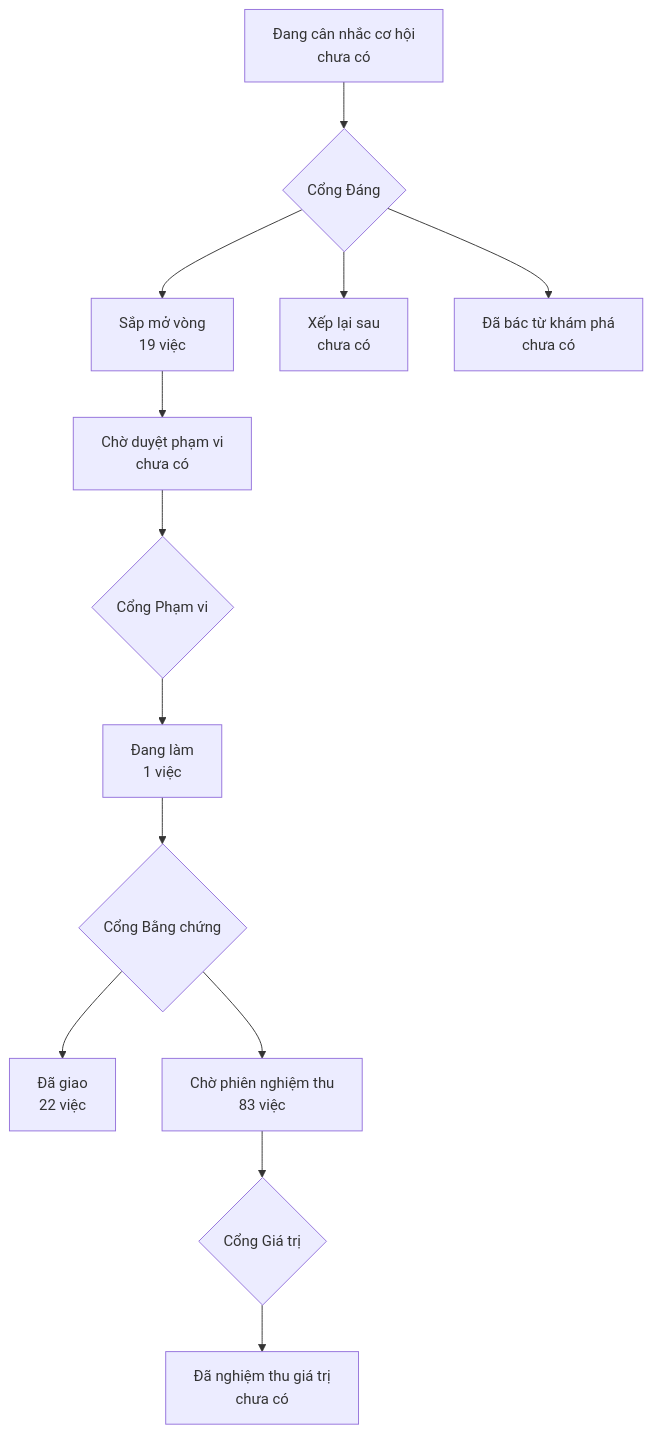
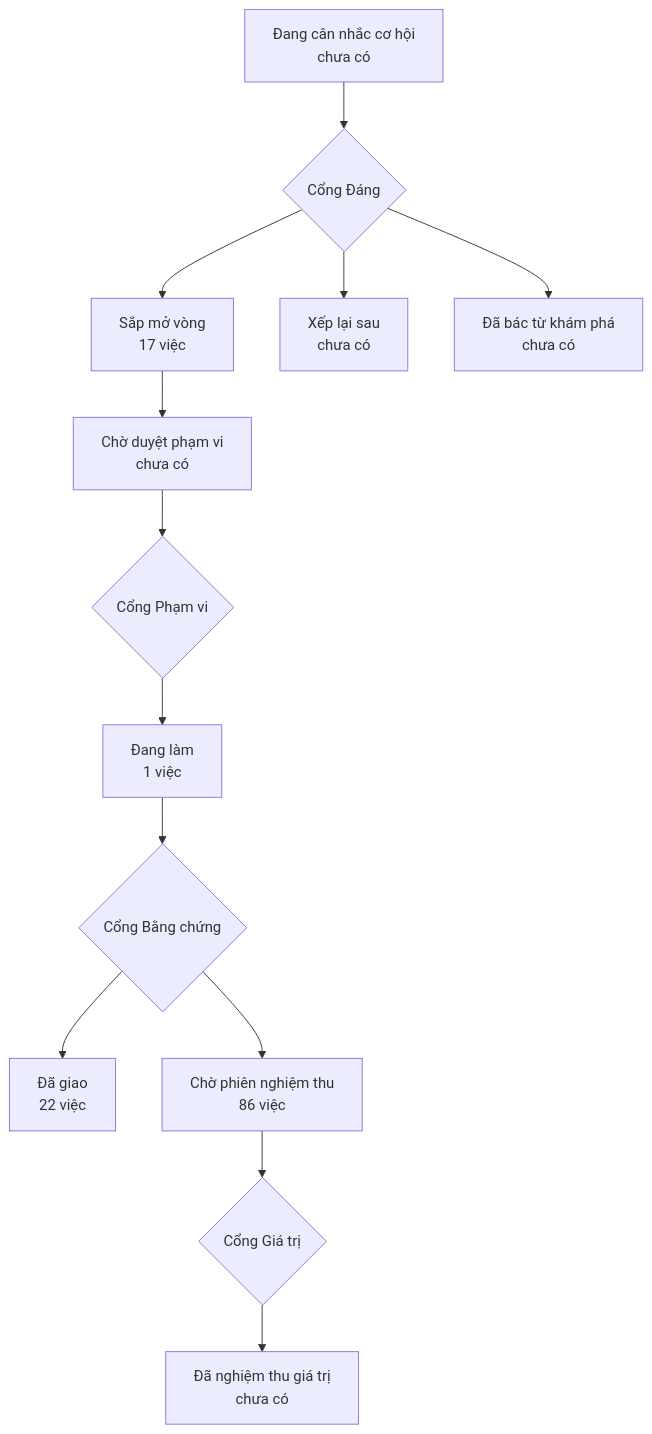
Before and after one commit to phanlemanh/onehub-quy-hang: the diagram in PRODUCT-MAP.md, drawn with Mermaid. The commit also changed other lines of this file and 3 other files, not shown here.

````diff
--- a/PRODUCT-MAP.md
+++ b/PRODUCT-MAP.md
@@ -7,12 +7,12 @@
 ```mermaid
 flowchart TD
   A["Đang cân nhắc cơ hội<br/>chưa có"] --> GD{"Cổng Đáng"}
-  GD --> B["Sắp mở vòng<br/>19 việc"]
+  GD --> B["Sắp mở vòng<br/>17 việc"]
   GD --> XL["Xếp lại sau<br/>chưa có"]
   GD --> DB["Đã bác từ khám phá<br/>chưa có"]
   B --> CD["Chờ duyệt phạm vi<br/>chưa có"] --> GP{"Cổng Phạm vi"}
   GP --> DL["Đang làm<br/>1 việc"] --> GB{"Cổng Bằng chứng"}
   GB --> DG["Đã giao<br/>22 việc"]
-  GB --> CN["Chờ phiên nghiệm thu<br/>83 việc"] --> GG{"Cổng Giá trị"}
+  GB --> CN["Chờ phiên nghiệm thu<br/>86 việc"] --> GG{"Cổng Giá trị"}
   GG --> NT["Đã nghiệm thu giá trị<br/>chưa có"]
 ```
````
